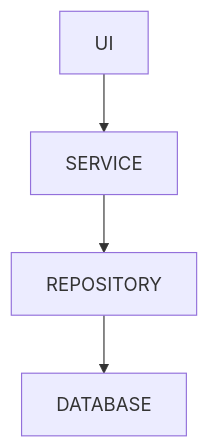
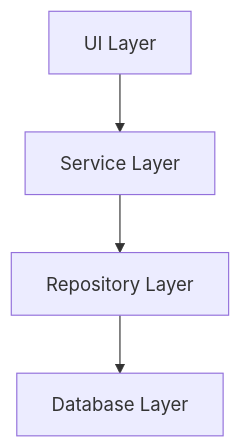
Before and after one commit to PKT0623/PixivLocalManager: the second of 12 diagrams in docs/07_ARCHITECTURE.md, drawn with Mermaid. The commit also changed other lines of this file and 10 other files, not shown here.

````diff
--- a/docs/07_ARCHITECTURE.md
+++ b/docs/07_ARCHITECTURE.md
@@ -197,9 +223,15 @@
 ```mermaid
 flowchart TD
 
+UI[UI Layer]
+
+SERVICE[Service Layer]
+
+REPOSITORY[Repository Layer]
+
+DATABASE[Database Layer]
+
 UI --> SERVICE
-
 SERVICE --> REPOSITORY
-
 REPOSITORY --> DATABASE
 ```
````
